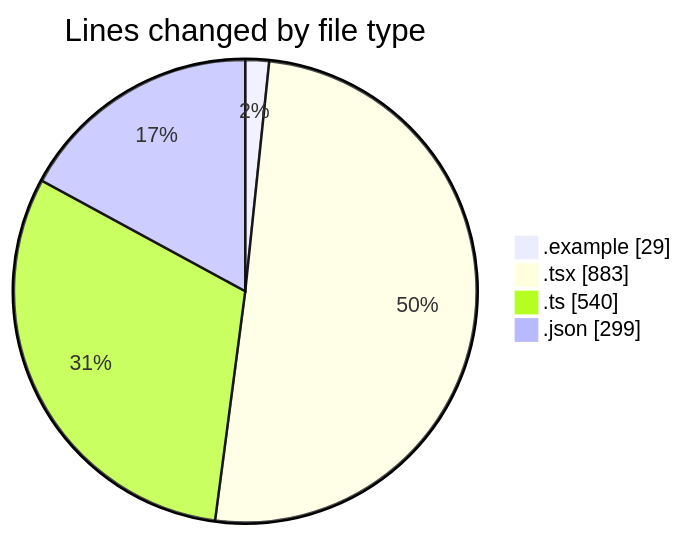
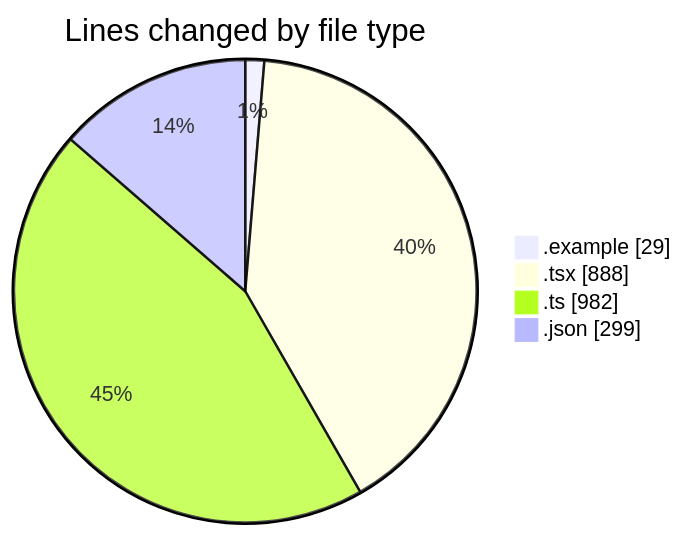
The first of 2 diagrams in 2025-11-16/eventscop-frontend-guide__workspace_/README.md (julien-gomy/code-tracking), drawn with Mermaid before and after one commit. The commit also changed other lines of this file and 1 other file, not shown here.

````diff
--- a/2025-11-16/eventscop-frontend-guide__workspace_/README.md
+++ b/2025-11-16/eventscop-frontend-guide__workspace_/README.md
@@ -33,8 +34,8 @@
 ```mermaid
 pie showData
 title Lines changed by file type
 ".example" : 29
-".tsx" : 883
-".ts" : 540
+".tsx" : 888
+".ts" : 982
 ".json" : 299
 ```
````
